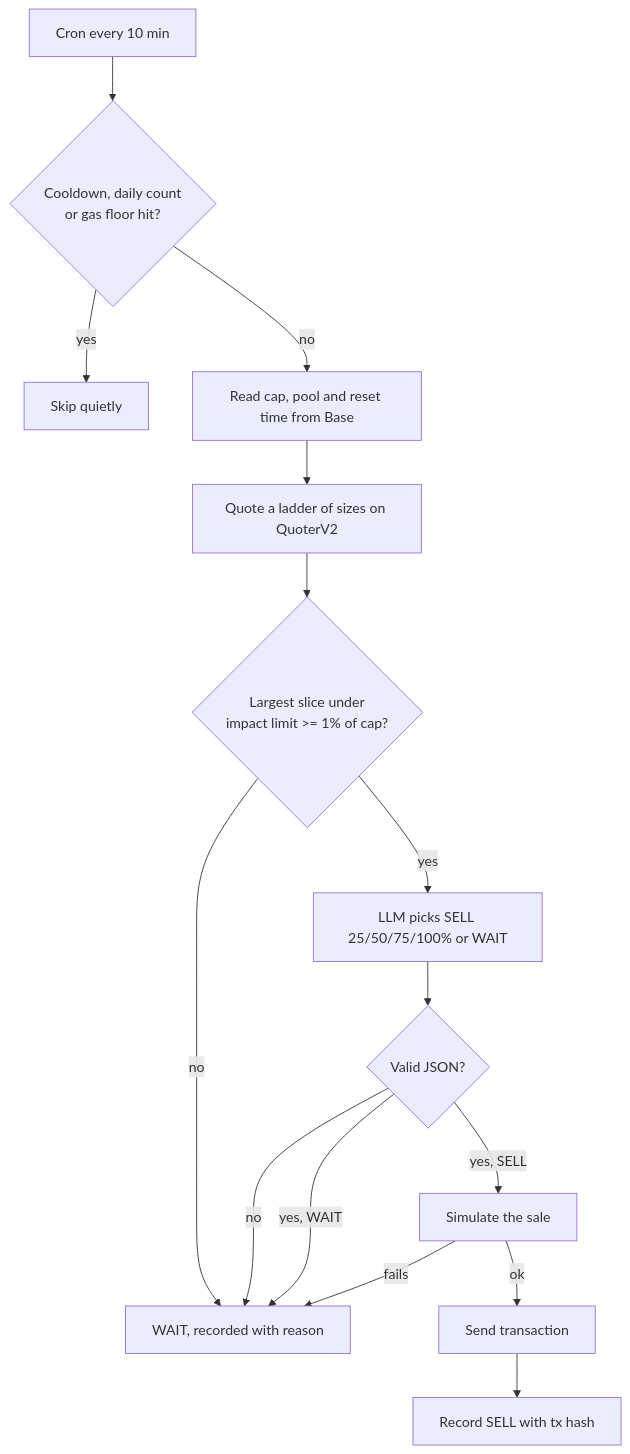
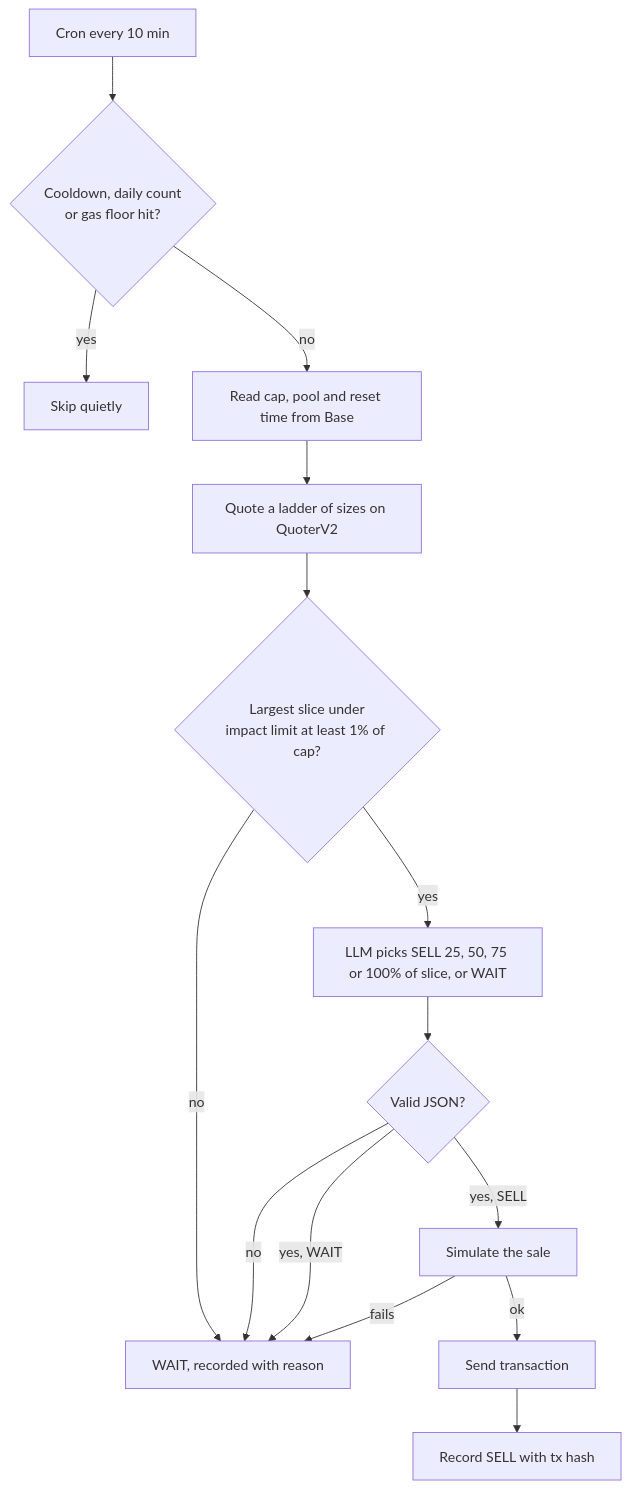
Before and after one commit to mystiquemide/sellvane: the first of 3 diagrams in README.md, drawn with Mermaid.

Commit message:
Quote agent flowchart labels so the diagram renders on GitHub

````diff
--- a/README.md
+++ b/README.md
@@ -53,17 +53,17 @@
 ```mermaid
 flowchart TD
     A[Cron every 10 min] --> B{Cooldown, daily count<br/>or gas floor hit?}
     B -- yes --> Z[Skip quietly]
     B -- no --> C[Read cap, pool and reset time from Base]
     C --> D[Quote a ladder of sizes on QuoterV2]
-    D --> E{Largest slice under<br/>impact limit >= 1% of cap?}
+    D --> E{"Largest slice under<br/>impact limit at least 1% of cap?"}
     E -- no --> W[WAIT, recorded with reason]
-    E -- yes --> F[LLM picks SELL 25/50/75/100% or WAIT]
+    E -- yes --> F["LLM picks SELL 25, 50, 75 or 100% of slice, or WAIT"]
     F --> G{Valid JSON?}
     G -- no --> W
     G -- yes, WAIT --> W
     G -- yes, SELL --> H[Simulate the sale]
     H -- fails --> W
     H -- ok --> I[Send transaction]
     I --> J[Record SELL with tx hash]
 ```
````
